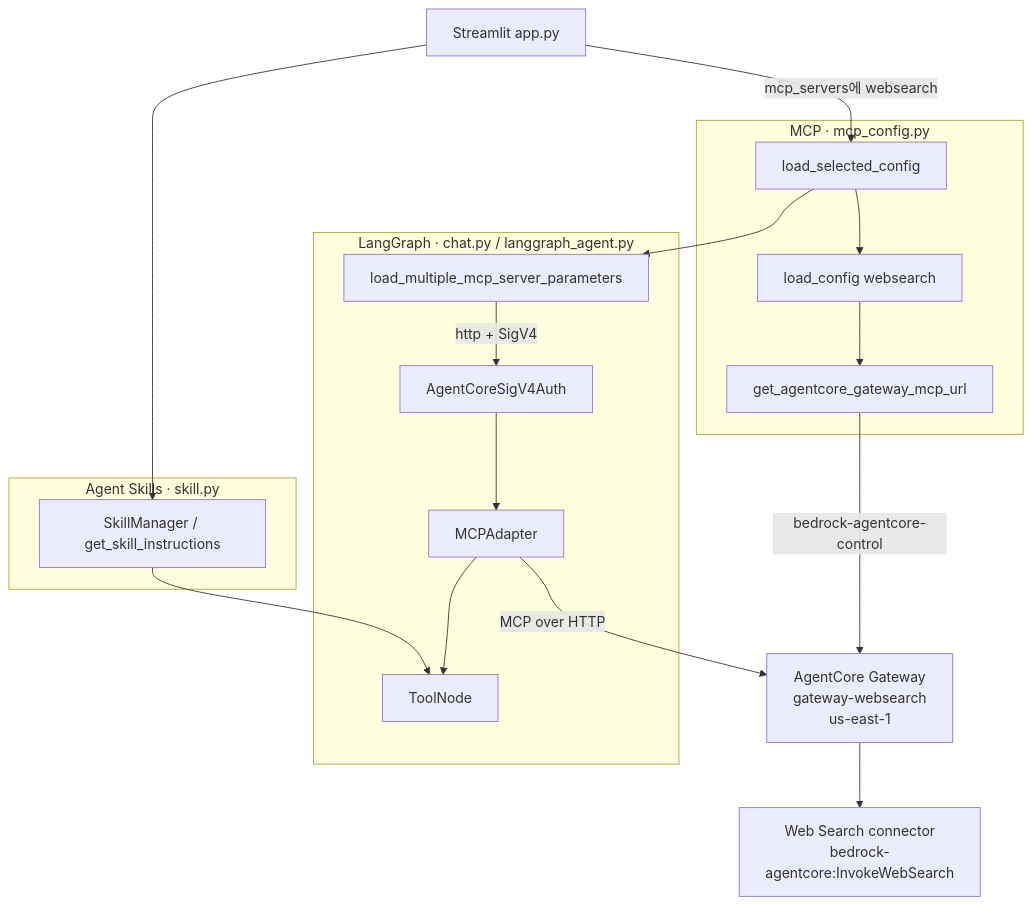
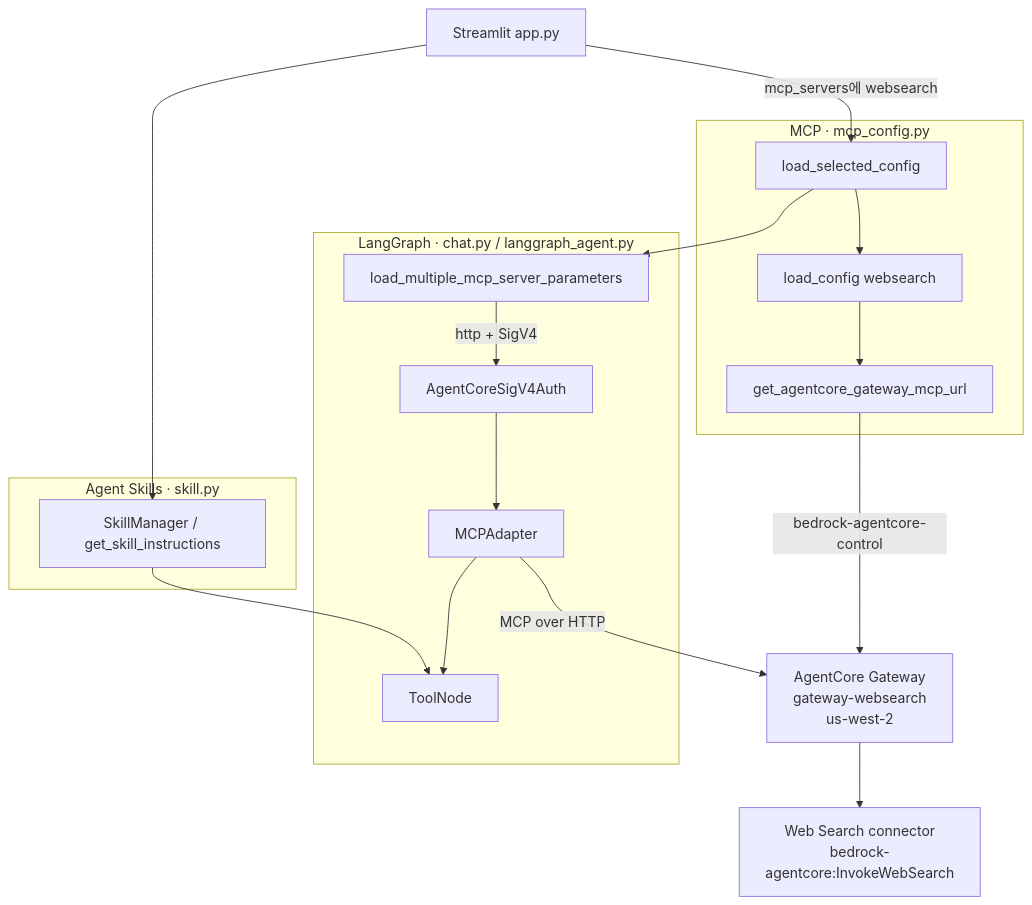
The second of 3 diagrams in websearch.md (kyopark2014/agentic-work), drawn with Mermaid before and after one commit. The commit also changed other lines of this file and 8 other files, not shown here.

First line of the commit message:
Move AgentCore websearch gateway to us-west-2.

````diff
--- a/websearch.md
+++ b/websearch.md
@@ -142,38 +142,38 @@
 ```mermaid
 flowchart TB
   UI["Streamlit app.py"]
 
   subgraph Skills["Agent Skills · skill.py"]
     SK[SkillManager / get_skill_instructions]
   end
 
   subgraph MCP["MCP · mcp_config.py"]
     LC[load_config websearch]
     GURL[get_agentcore_gateway_mcp_url]
     LSC[load_selected_config]
   end
 
   subgraph LG["LangGraph · chat.py / langgraph_agent.py"]
     LMS[load_multiple_mcp_server_parameters]
     AUTH[AgentCoreSigV4Auth]
     MSC[MCPAdapter]
     TN[ToolNode]
   end
 
-  GW["AgentCore Gateway\ngateway-websearch\nus-east-1"]
+  GW["AgentCore Gateway\ngateway-websearch\nus-west-2"]
   WS["Web Search connector\nbedrock-agentcore:InvokeWebSearch"]
 
   UI -->|mcp_servers에 websearch| LSC
   UI --> SK
   LSC --> LC
   LC --> GURL
   GURL -->|bedrock-agentcore-control| GW
 
   LSC --> LMS
   LMS -->|http + SigV4| AUTH
   AUTH --> MSC
   MSC -->|MCP over HTTP| GW
   GW --> WS
   MSC --> TN
   SK --> TN
 ```
````
